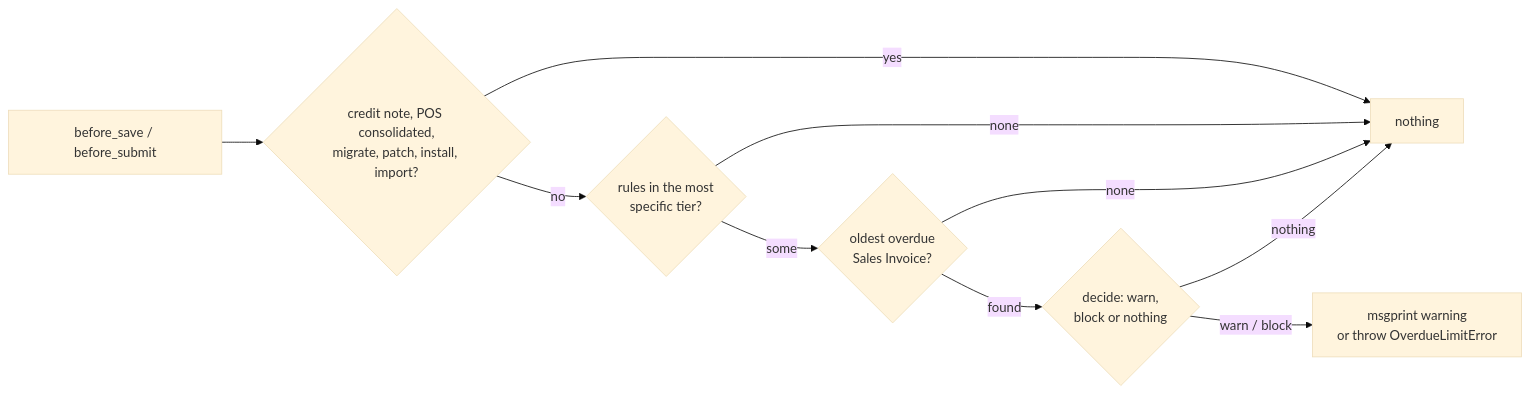
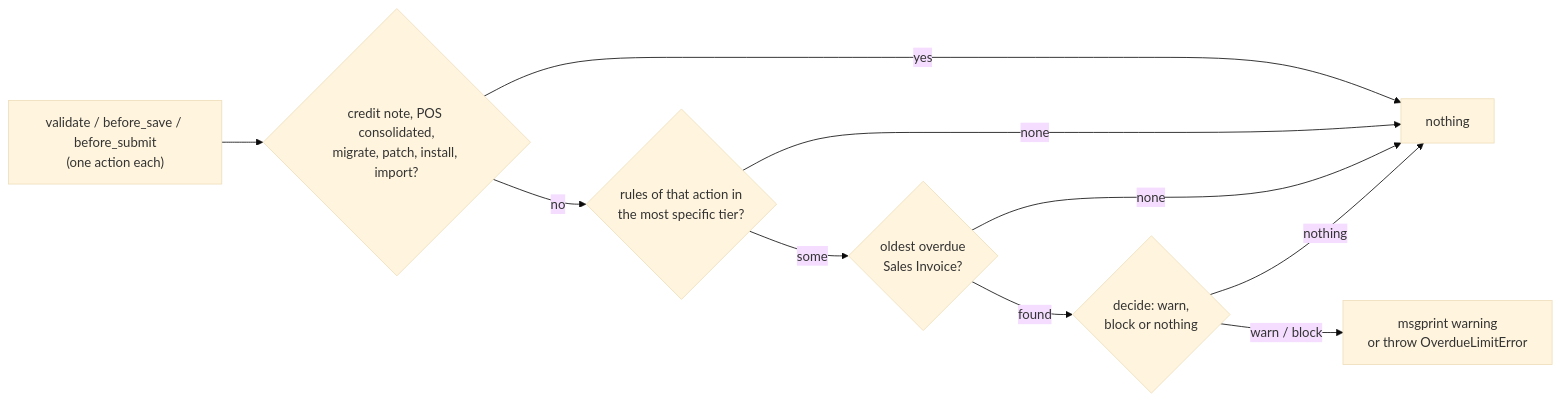
One commit to itsystematic/optima_payment changed the diagram in docs/overdue-limit/reference.md. Above: the diagram before and after it, drawn with Mermaid (base theme). The commit also changed other lines of this file and 8 other files, not shown here.

First line of the commit message:
feat(overdue-limit): check each action at its own hook

````diff
--- a/docs/overdue-limit/reference.md
+++ b/docs/overdue-limit/reference.md
@@ -84,12 +98,12 @@
 ```mermaid
 flowchart LR
-    A[before_save / before_submit] --> B{credit note, POS consolidated,<br>migrate, patch, install, import?}
+    A["validate / before_save / before_submit<br>(one action each)"] --> B{credit note, POS consolidated,<br>migrate, patch, install, import?}
     B -- yes --> Z[nothing]
-    B -- no --> C{rules in the most<br>specific tier?}
+    B -- no --> C{rules of that action in<br>the most specific tier?}
     C -- none --> Z
     C -- some --> D{oldest overdue<br>Sales Invoice?}
     D -- none --> Z
     D -- found --> E{decide: warn,<br>block or nothing}
     E -- nothing --> Z
     E -- warn / block --> G[msgprint warning<br>or throw OverdueLimitError]
 ```
````
